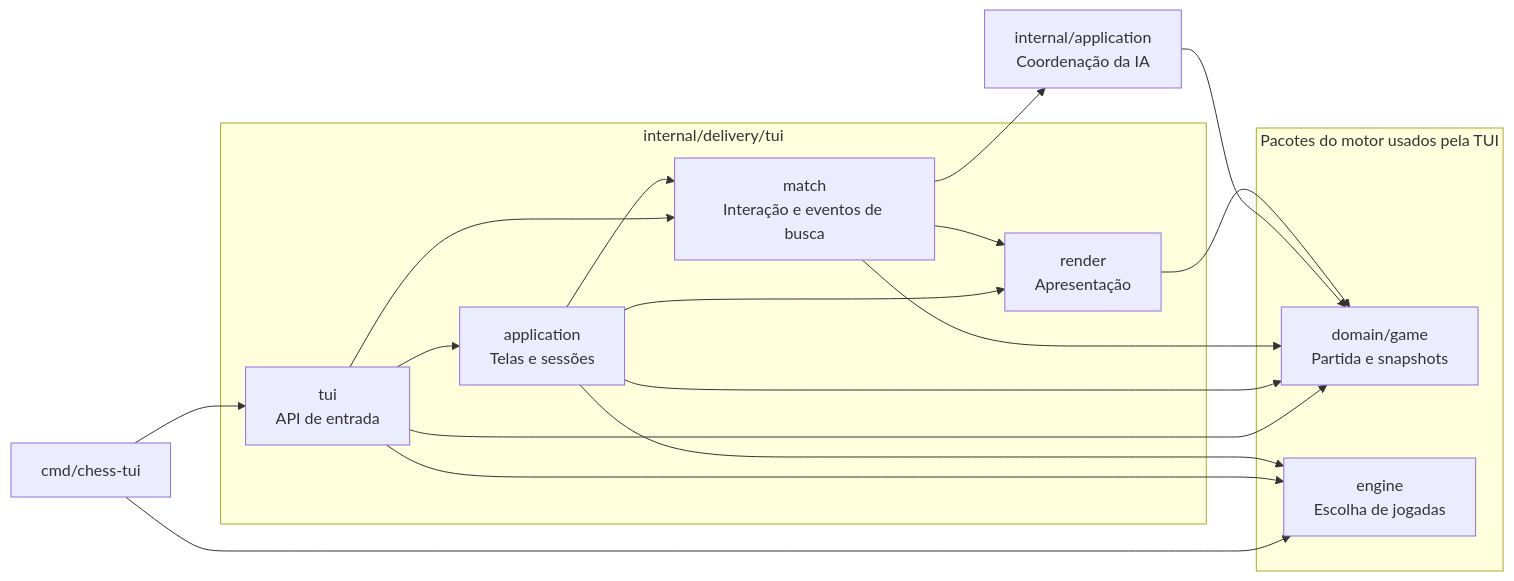
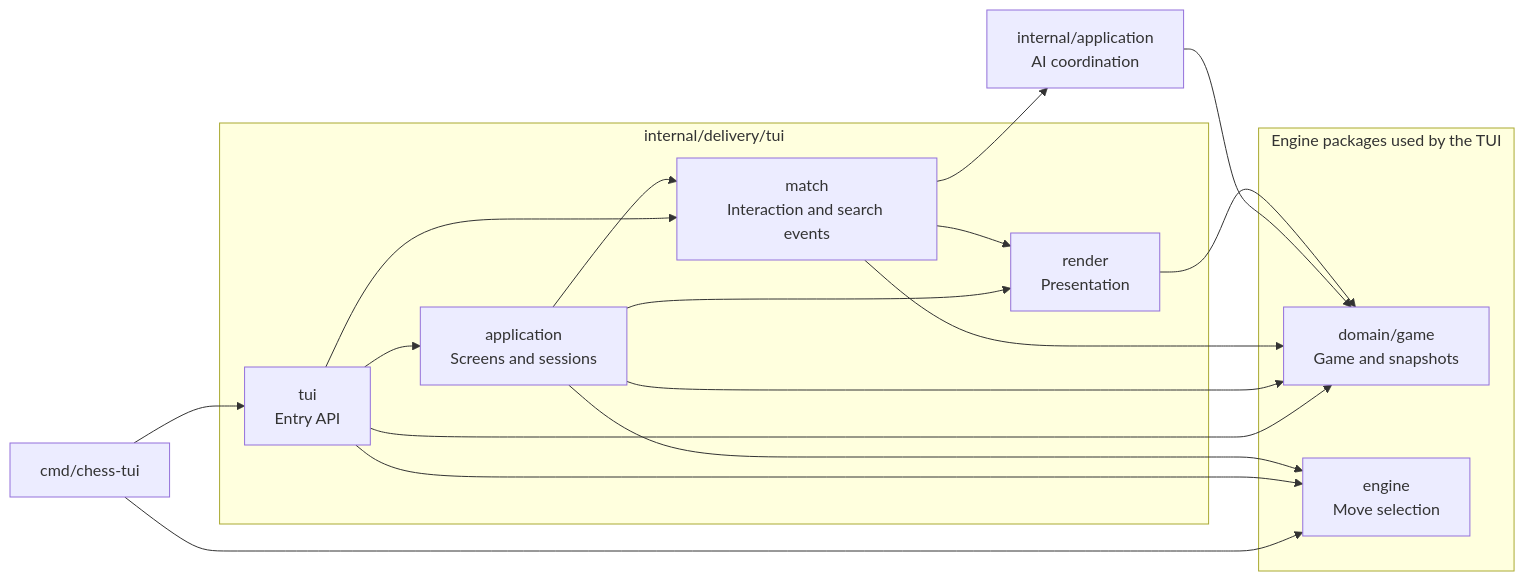
Before and after one commit to gabrzb/chess-go: the first of 2 diagrams in README.md, drawn with Mermaid. The commit also changed other lines of this file and 20 other files, not shown here.

````diff
--- a/README.md
+++ b/README.md
@@ -150,34 +150,34 @@
 ```mermaid
 flowchart LR
     cli["cmd/chess-tui"]
 
     subgraph ui["internal/delivery/tui"]
-        entry["tui<br/>API de entrada"]
-        application["application<br/>Telas e sessões"]
-        match["match<br/>Interação e eventos de busca"]
-        render["render<br/>Apresentação"]
+        entry["tui<br/>Entry API"]
+        application["application<br/>Screens and sessions"]
+        match["match<br/>Interaction and search events"]
+        render["render<br/>Presentation"]
     end
 
-    coordinator["internal/application<br/>Coordenação da IA"]
+    coordinator["internal/application<br/>AI coordination"]
 
-    subgraph engine["Pacotes do motor usados pela TUI"]
-        game["domain/game<br/>Partida e snapshots"]
-        ai["engine<br/>Escolha de jogadas"]
+    subgraph engine["Engine packages used by the TUI"]
+        game["domain/game<br/>Game and snapshots"]
+        ai["engine<br/>Move selection"]
     end
 
     cli --> entry
     cli --> ai
     entry --> application
     entry --> match
     entry --> game
     entry --> ai
     application --> match
     application --> render
     application --> game
     application --> ai
     match --> render
     match --> game
     match --> coordinator
     coordinator --> game
     render --> game
 ```
````
